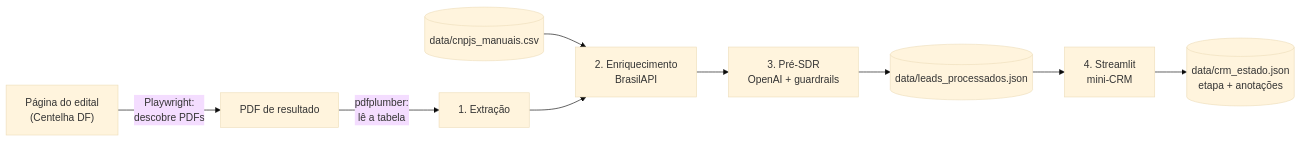
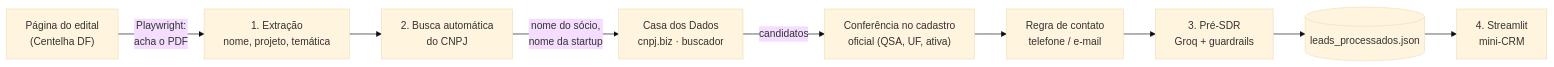
The diagram in README.md (dirproj/lead-qualifier-poc-EngNet-e-v360), drawn with Mermaid (base theme) before and after one commit. The commit also changed other lines of this file and 16 other files, not shown here.

Commit message:
feat: automação da busca de dados

````diff
--- a/README.md
+++ b/README.md
@@ -45,11 +29,11 @@
 ```mermaid
 flowchart LR
-    A["Página do edital<br/>(Centelha DF)"] -->|"Playwright:<br/>descobre PDFs"| B["PDF de resultado"]
-    B -->|"pdfplumber:<br/>lê a tabela"| C["1. Extração"]
-    CSV[("data/cnpjs_manuais.csv")] --> D
-    C --> D["2. Enriquecimento<br/>BrasilAPI"]
-    D --> E["3. Pré-SDR<br/>OpenAI + guardrails"]
-    E --> F[("data/leads_processados.json")]
-    F --> G["4. Streamlit<br/>mini-CRM"]
-    G --> H[("data/crm_estado.json<br/>etapa + anotações")]
+    A["Página do edital<br/>(Centelha DF)"] -->|"Playwright:<br/>acha o PDF"| B["1. Extração<br/>nome, projeto, temática"]
+    B --> C["2. Busca automática<br/>do CNPJ"]
+    C -->|"nome do sócio,<br/>nome da startup"| D["Casa dos Dados<br/>cnpj.biz · buscador"]
+    D -->|"candidatos"| E["Conferência no cadastro<br/>oficial (QSA, UF, ativa)"]
+    E --> F["Regra de contato<br/>telefone / e-mail"]
+    F --> G["3. Pré-SDR<br/>Groq + guardrails"]
+    G --> H[("leads_processados.json")]
+    H --> I["4. Streamlit<br/>mini-CRM"]
 ```
````
